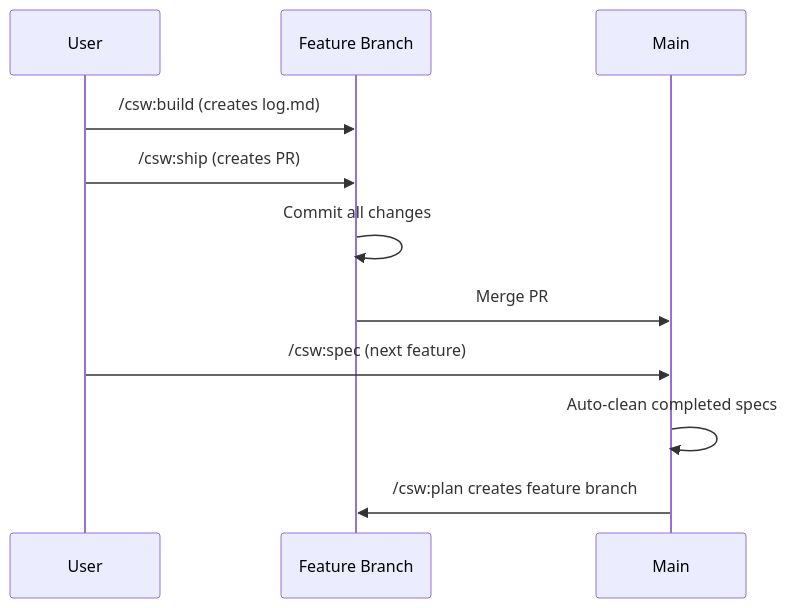
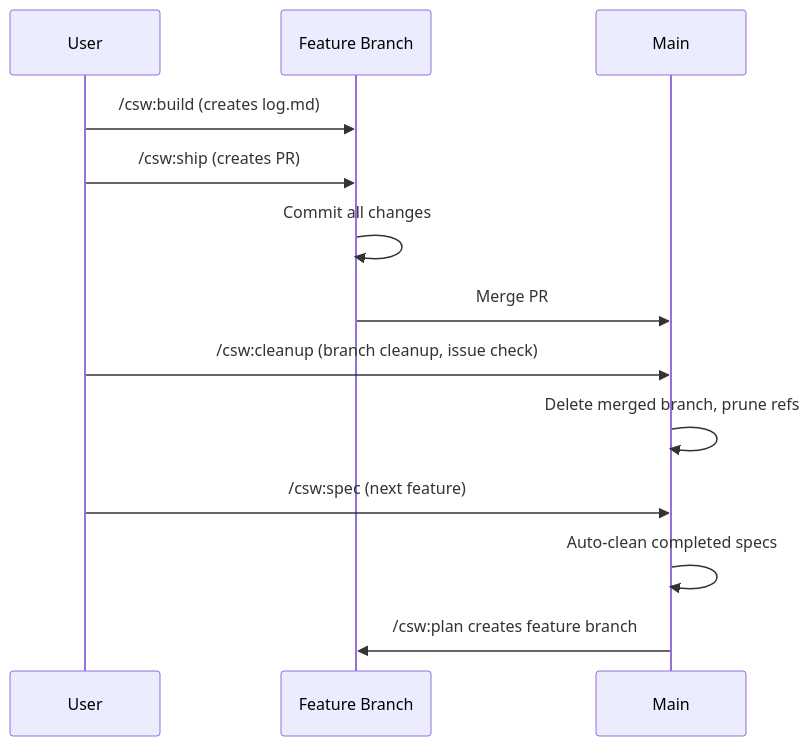
Before and after one commit to mikestankavich/claude-spec-workflow: the diagram in spec/README.md, drawn with Mermaid. The commit also changed other lines of this file and 10 other files, not shown here.

First line of the commit message:
feat(cleanup): add /csw:cleanup post-merge housekeeping command

````diff
--- a/spec/README.md
+++ b/spec/README.md
@@ -144,14 +145,16 @@
 ```mermaid
 sequenceDiagram
     participant U as User
     participant F as Feature Branch
     participant M as Main
 
     U->>F: /csw:build (creates log.md)
     U->>F: /csw:ship (creates PR)
     F->>F: Commit all changes
     F->>M: Merge PR
+    U->>M: /csw:cleanup (branch cleanup, issue check)
+    M->>M: Delete merged branch, prune refs
     U->>M: /csw:spec (next feature)
     M->>M: Auto-clean completed specs
     M->>F: /csw:plan creates feature branch
 ```
````
